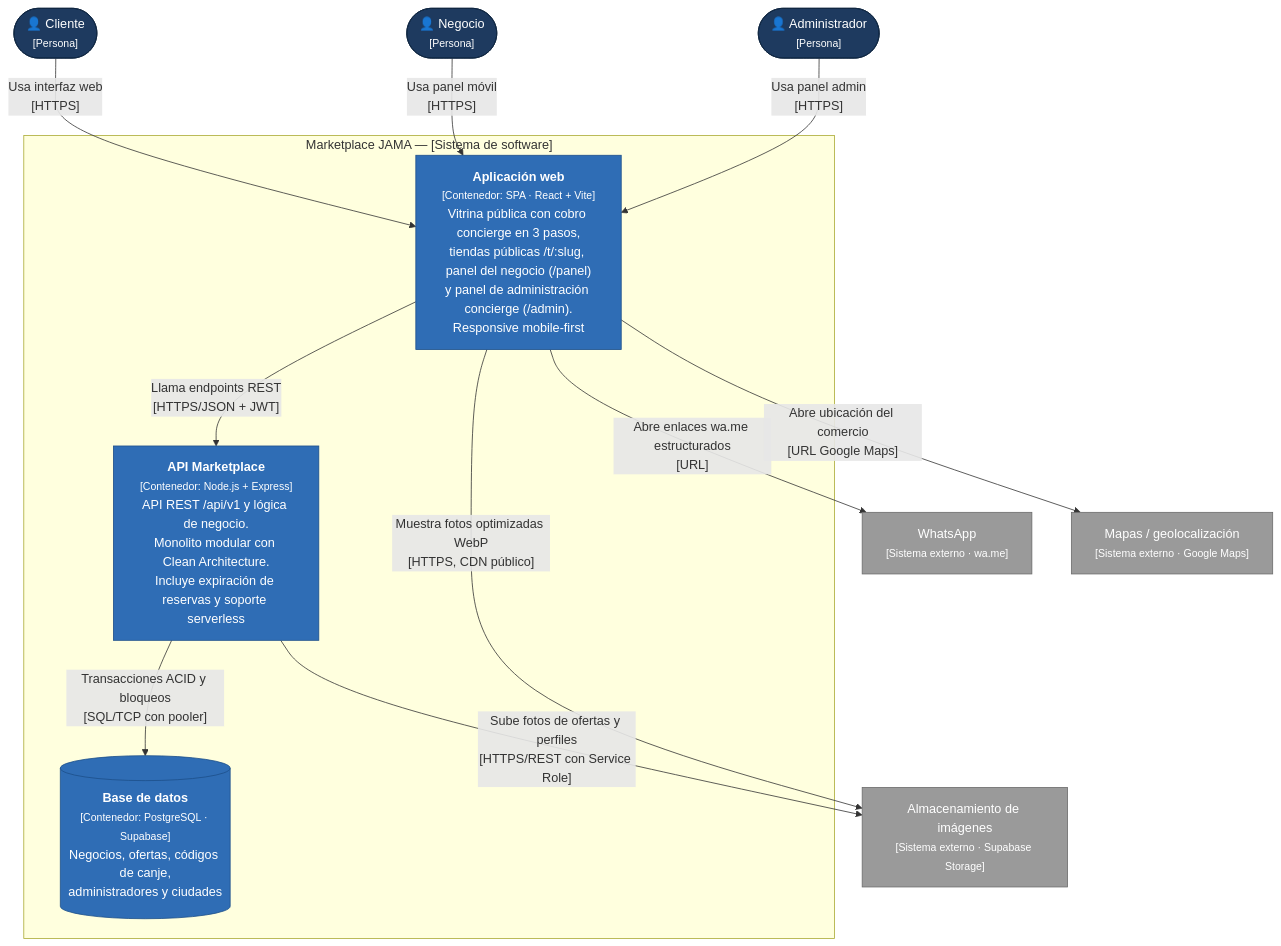
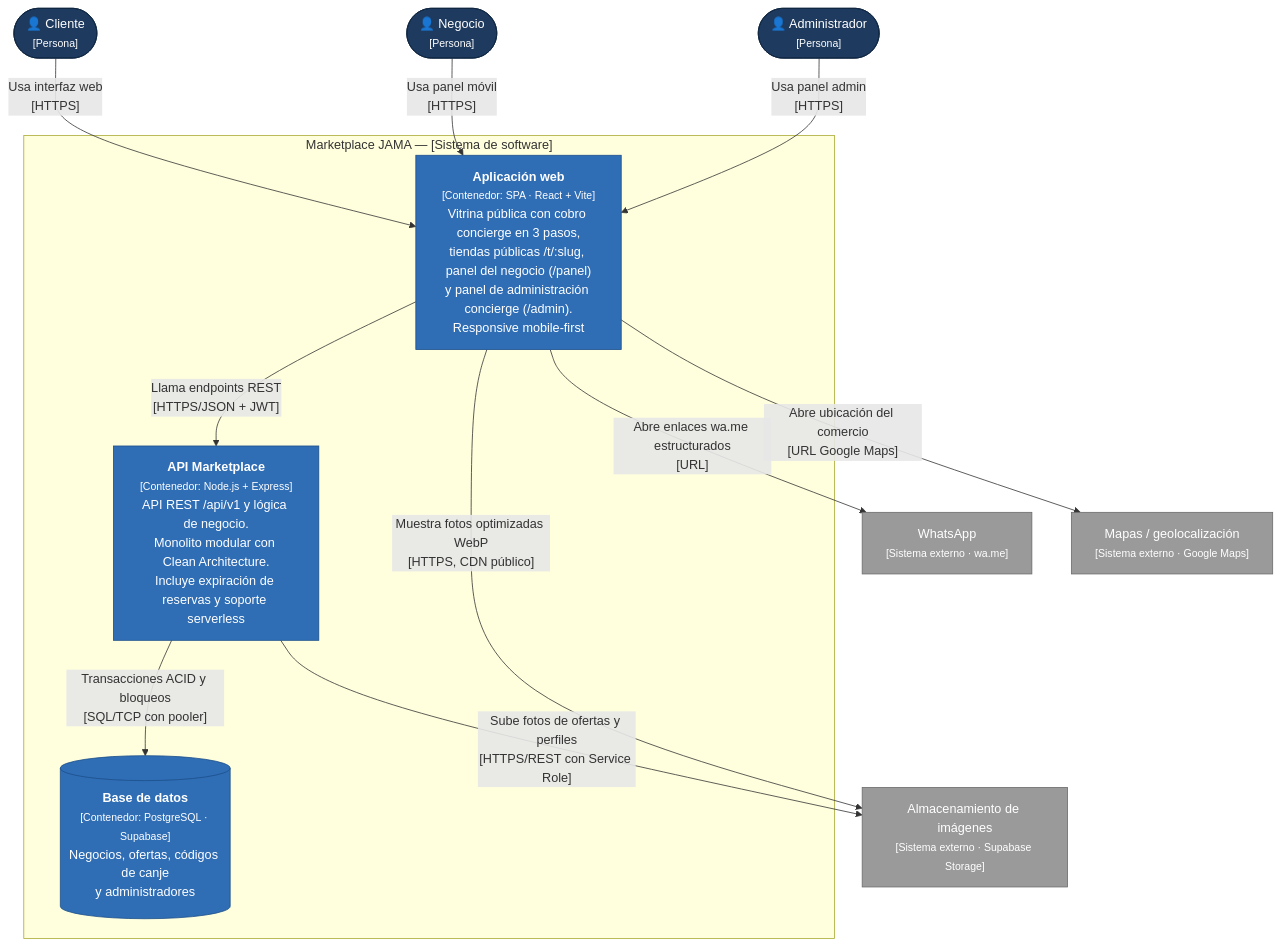
One commit to lovableprojectscx/JAMA changed the diagram in docs/04-modelo-c4/Nivel2-DiagramadeContenedores.md. Above: the diagram before and after it, drawn with Mermaid. The commit also changed other lines of this file and 33 other files, not shown here.

Commit message:
docs: agrupar requisitos funcionales, crear mapa maestro, ERD y regenerar 20 diagramas PNG

````diff
--- a/docs/04-modelo-c4/Nivel2-DiagramadeContenedores.md
+++ b/docs/04-modelo-c4/Nivel2-DiagramadeContenedores.md
@@ -24,33 +24,33 @@
 ```mermaid
 flowchart TB
     CL(["👤 Cliente<br/><small>[Persona]</small>"])
     NE(["👤 Negocio<br/><small>[Persona]</small>"])
     AD(["👤 Administrador<br/><small>[Persona]</small>"])
 
     subgraph SYS["Marketplace JAMA — [Sistema de software]"]
         WEB["<b>Aplicación web</b><br/><small>[Contenedor: SPA · React + Vite]</small><br/>Vitrina pública con cobro concierge en 3 pasos,<br/>tiendas públicas /t/:slug, panel del negocio (/panel)<br/>y panel de administración concierge (/admin).<br/>Responsive mobile-first"]
         API["<b>API Marketplace</b><br/><small>[Contenedor: Node.js + Express]</small><br/>API REST /api/v1 y lógica de negocio.<br/>Monolito modular con Clean Architecture.<br/>Incluye expiración de reservas y soporte serverless"]
-        DB[("<b>Base de datos</b><br/><small>[Contenedor: PostgreSQL · Supabase]</small><br/>Negocios, ofertas, códigos de canje,<br/>administradores y ciudades")]
+        DB[("<b>Base de datos</b><br/><small>[Contenedor: PostgreSQL · Supabase]</small><br/>Negocios, ofertas, códigos de canje<br/>y administradores")]
     end
 
     WA["WhatsApp<br/><small>[Sistema externo · wa.me]</small>"]
     IMG["Almacenamiento de imágenes<br/><small>[Sistema externo · Supabase Storage]</small>"]
     MAP["Mapas / geolocalización<br/><small>[Sistema externo · Google Maps]</small>"]
 
     CL -->|"Usa interfaz web<br/>[HTTPS]"| WEB
     NE -->|"Usa panel móvil<br/>[HTTPS]"| WEB
     AD -->|"Usa panel admin<br/>[HTTPS]"| WEB
     WEB -->|"Llama endpoints REST<br/>[HTTPS/JSON + JWT]"| API
     API -->|"Transacciones ACID y bloqueos<br/>[SQL/TCP con pooler]"| DB
     API -->|"Sube fotos de ofertas y perfiles<br/>[HTTPS/REST con Service Role]"| IMG
     WEB -->|"Muestra fotos optimizadas WebP<br/>[HTTPS, CDN público]"| IMG
     WEB -->|"Abre enlaces wa.me estructurados<br/>[URL]"| WA
     WEB -->|"Abre ubicación del comercio<br/>[URL Google Maps]"| MAP
 
     classDef persona fill:#1e3a5f,stroke:#0f2540,color:#fff
     classDef contenedor fill:#2f6db5,stroke:#1d4f8a,color:#fff
     classDef externo fill:#9a9a9a,stroke:#6b6b6b,color:#fff
     class CL,NE,AD persona
     class WEB,API,DB contenedor
     class WA,IMG,MAP externo
 ```
````
